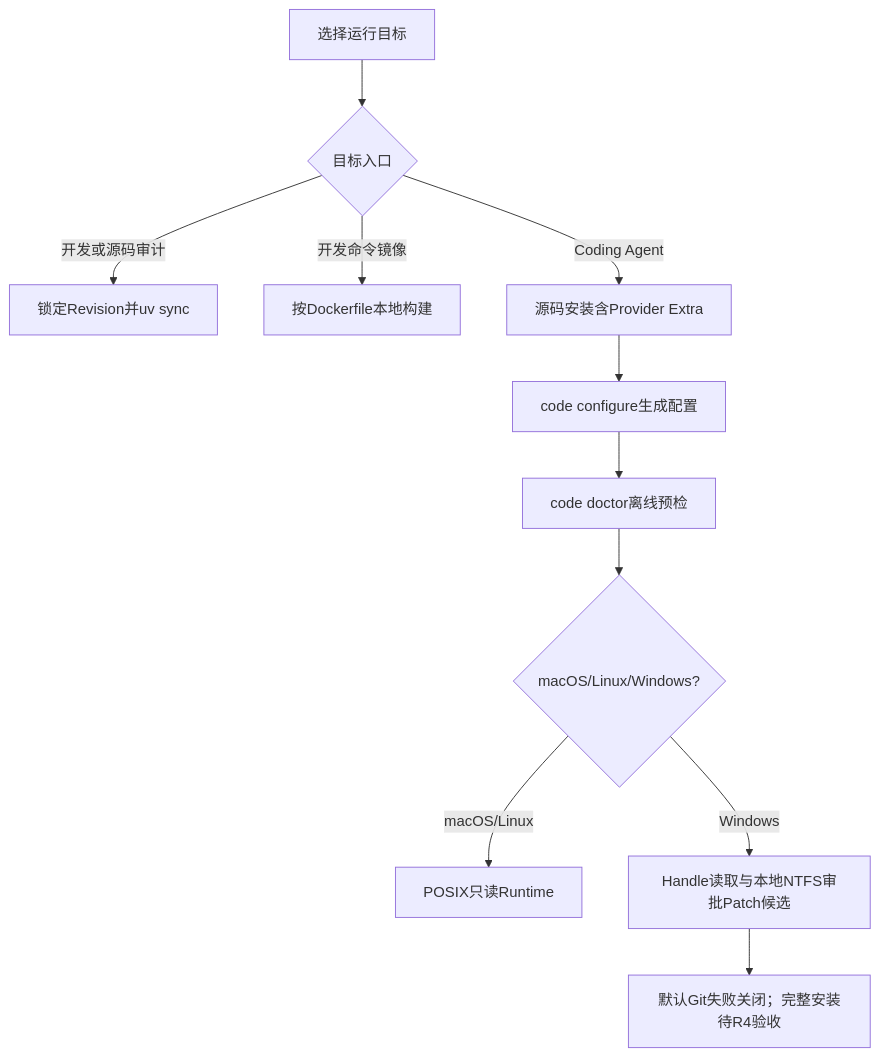
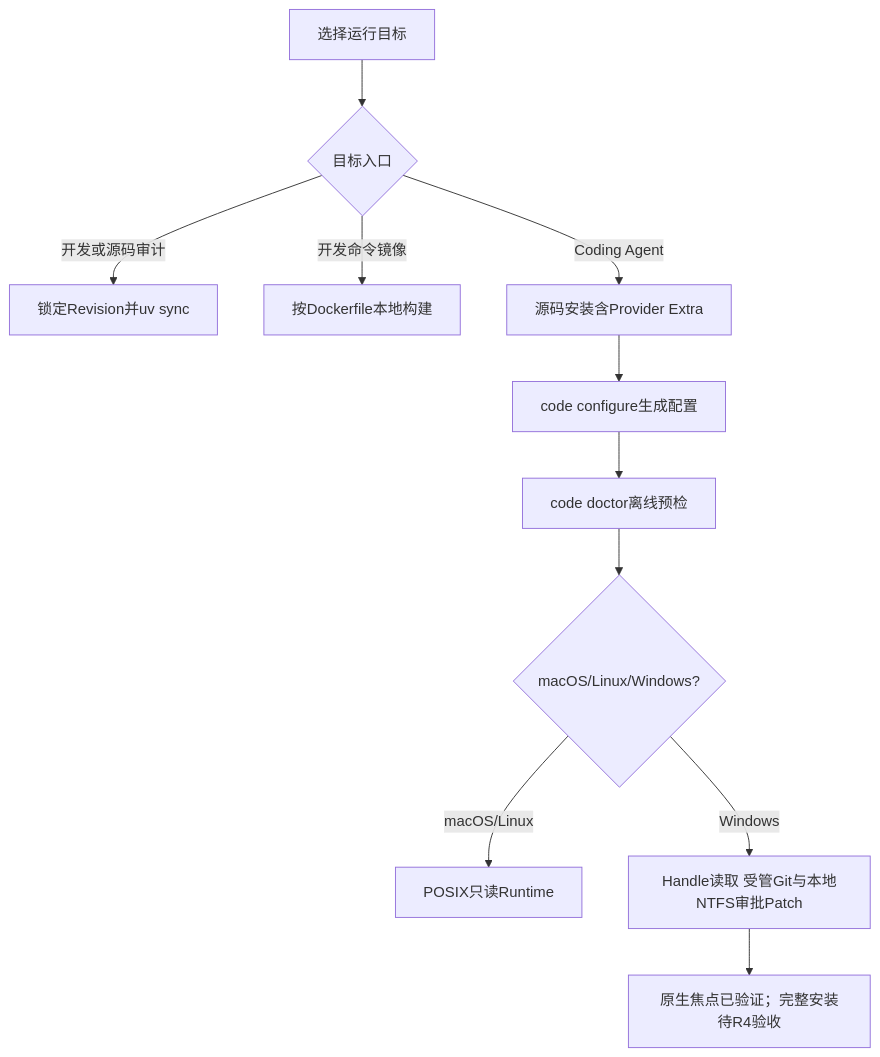
Before and after one commit to carrie1988/Harnessix: the diagram in docs/operations/installation.md, drawn with Mermaid. The commit also changed other lines of this file and 3 other files, not shown here.

````diff
--- a/docs/operations/installation.md
+++ b/docs/operations/installation.md
@@ -57,13 +60,13 @@
 ```mermaid
 flowchart TD
     Start[选择运行目标] --> Product{目标入口}
     Product -- 开发或源码审计 --> Source[锁定Revision并uv sync]
     Product -- 开发命令镜像 --> Image[按Dockerfile本地构建]
     Product -- Coding Agent --> Agent[源码安装含Provider Extra]
     Agent --> Configure[code configure生成配置]
     Configure --> Diagnose[code doctor离线预检]
     Diagnose --> Platform{macOS/Linux/Windows?}
     Platform -- macOS/Linux --> Posix[POSIX只读Runtime]
-    Platform -- Windows --> Win[Handle读取与本地NTFS审批Patch候选]
-    Win --> GitGate[默认Git失败关闭；完整安装待R4验收]
+    Platform -- Windows --> Win[Handle读取 受管Git与本地NTFS审批Patch]
+    Win --> GitGate[原生焦点已验证；完整安装待R4验收]
 ```
````
